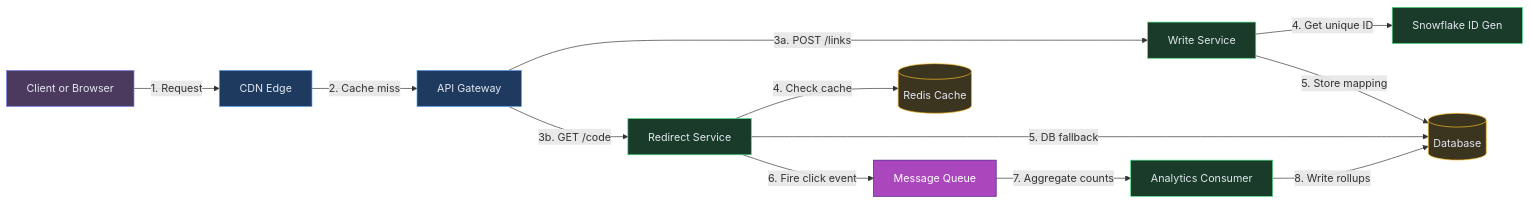
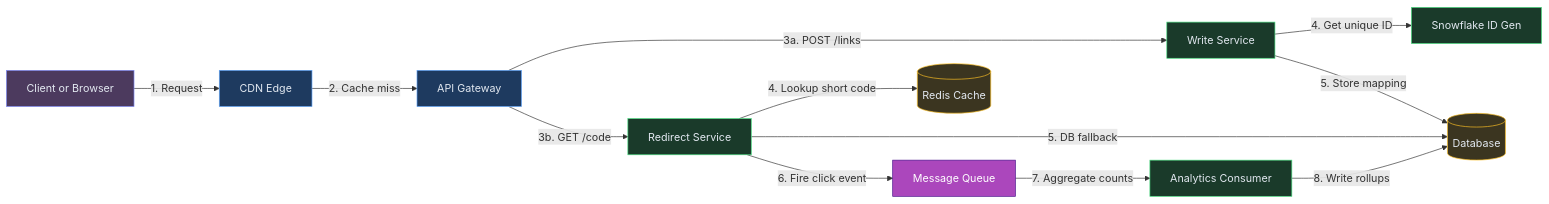
Before and after one commit to iluzn/HLD-Designs: diagram 11 of 11 in content/hld/URLShortner.md, drawn with Mermaid. The commit also changed other lines of this file and 27 other files, not shown here.

````diff
--- a/content/hld/URLShortner.md
+++ b/content/hld/URLShortner.md
@@ -590,33 +590,33 @@
 ```mermaid
 flowchart LR
     CLIENT["Client or Browser"]:::client
     CDN["CDN Edge"]:::edge
     GW["API Gateway"]:::edge
 
     WS["Write Service"]:::service
     RS["Redirect Service"]:::service
     IDG["Snowflake ID Gen"]:::service
     CONSUMER["Analytics Consumer"]:::service
 
     REDIS[("Redis Cache")]:::data
     DB[("Database")]:::data
     Q["Message Queue"]:::async
 
     CLIENT -->|"1. Request"| CDN
     CDN -->|"2. Cache miss"| GW
     GW -->|"3a. POST /links"| WS
     GW -->|"3b. GET /code"| RS
     WS -->|"4. Get unique ID"| IDG
     WS -->|"5. Store mapping"| DB
-    RS -->|"4. Check cache"| REDIS
+    RS -->|"4. Lookup short code"| REDIS
     RS -->|"5. DB fallback"| DB
     RS -->|"6. Fire click event"| Q
     Q -->|"7. Aggregate counts"| CONSUMER
     CONSUMER -->|"8. Write rollups"| DB
 
     classDef client fill:#4c3a5e,stroke:#818cf8,color:#e2e8f0
     classDef edge fill:#1e3a5f,stroke:#60a5fa,color:#e2e8f0
     classDef service fill:#1a3a2a,stroke:#4ade80,color:#e2e8f0
     classDef async fill:#AB47BC,stroke:#4A148C,color:#fff
     classDef data fill:#3b3520,stroke:#fbbf24,color:#e2e8f0
 ```
````
